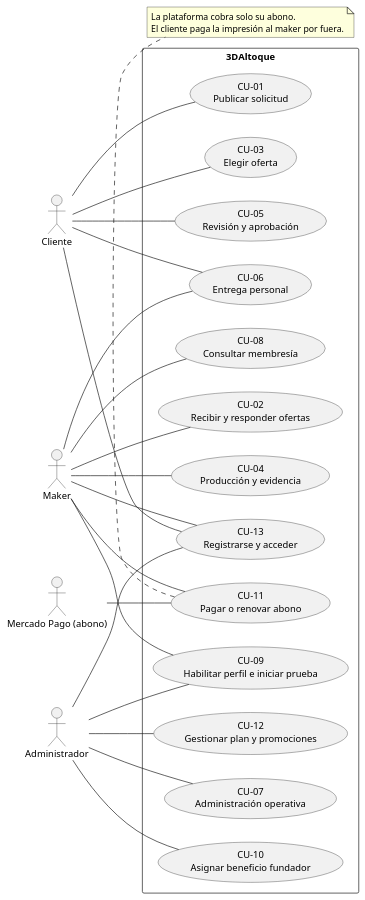
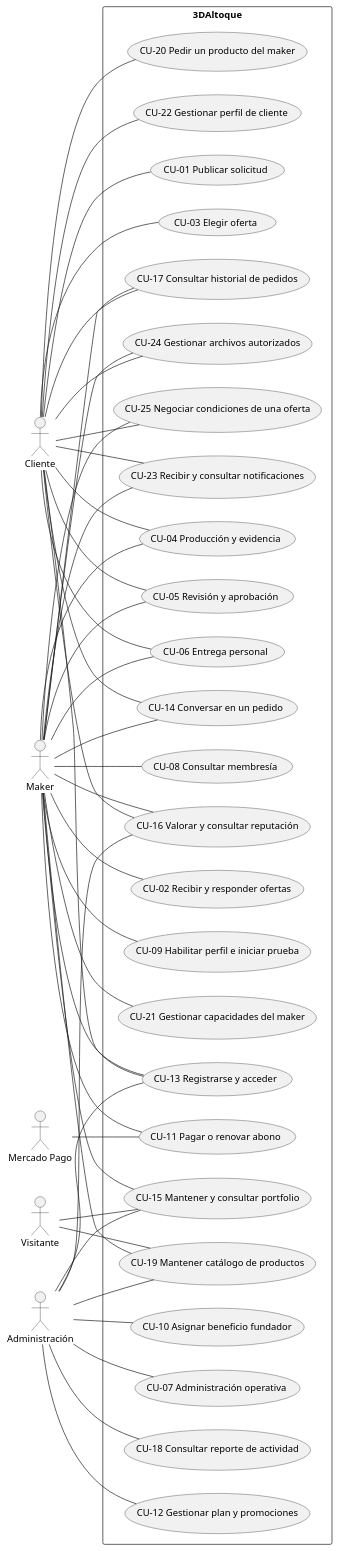
Before and after one commit to chill0101/3daltoque-docs: the first of 4 diagrams in src/content/docs/modelado/diagramas.md, drawn with PlantUML. The commit also changed other lines of this file and 145 other files, not shown here.

````diff
--- a/src/content/docs/modelado/diagramas.md
+++ b/src/content/docs/modelado/diagramas.md
@@ -34,47 +27,79 @@
 ```plantuml
 @startuml
 left to right direction
 actor Cliente
 actor Maker
-actor Administrador
-actor "Mercado Pago (abono)" as MercadoPago
+actor Visitante
+actor Administración as Admin
+actor "Mercado Pago" as MP
 rectangle "3DAltoque" {
-  usecase "CU-01\nPublicar solicitud" as CU01
-  usecase "CU-02\nRecibir y responder ofertas" as CU02
-  usecase "CU-03\nElegir oferta" as CU03
-  usecase "CU-04\nProducción y evidencia" as CU04
-  usecase "CU-05\nRevisión y aprobación" as CU05
-  usecase "CU-06\nEntrega personal" as CU06
-  usecase "CU-07\nAdministración operativa" as CU07
-  usecase "CU-08\nConsultar membresía" as CU08
-  usecase "CU-09\nHabilitar perfil e iniciar prueba" as CU09
-  usecase "CU-10\nAsignar beneficio fundador" as CU10
-  usecase "CU-11\nPagar o renovar abono" as CU11
-  usecase "CU-12\nGestionar plan y promociones" as CU12
-  usecase "CU-13\nRegistrarse y acceder" as CU13
+  usecase "CU-01 Publicar solicitud" as CU01
+  usecase "CU-02 Recibir y responder ofertas" as CU02
+  usecase "CU-03 Elegir oferta" as CU03
+  usecase "CU-04 Producción y evidencia" as CU04
+  usecase "CU-05 Revisión y aprobación" as CU05
+  usecase "CU-06 Entrega personal" as CU06
+  usecase "CU-07 Administración operativa" as CU07
+  usecase "CU-08 Consultar membresía" as CU08
+  usecase "CU-09 Habilitar perfil e iniciar prueba" as CU09
+  usecase "CU-10 Asignar beneficio fundador" as CU10
+  usecase "CU-11 Pagar o renovar abono" as CU11
+  usecase "CU-12 Gestionar plan y promociones" as CU12
+  usecase "CU-13 Registrarse y acceder" as CU13
+  usecase "CU-14 Conversar en un pedido" as CU14
+  usecase "CU-15 Mantener y consultar portfolio" as CU15
+  usecase "CU-16 Valorar y consultar reputación" as CU16
+  usecase "CU-17 Consultar historial de pedidos" as CU17
+  usecase "CU-18 Consultar reporte de actividad" as CU18
+  usecase "CU-19 Mantener catálogo de productos" as CU19
+  usecase "CU-20 Pedir un producto del maker" as CU20
+  usecase "CU-21 Gestionar capacidades del maker" as CU21
+  usecase "CU-22 Gestionar perfil de cliente" as CU22
+  usecase "CU-23 Recibir y consultar notificaciones" as CU23
+  usecase "CU-24 Gestionar archivos autorizados" as CU24
+  usecase "CU-25 Negociar condiciones de una oferta" as CU25
 }
 Cliente -- CU01
 Maker -- CU02
 Cliente -- CU03
 Maker -- CU04
+Cliente -- CU04
 Cliente -- CU05
+Maker -- CU05
 Cliente -- CU06
 Maker -- CU06
-Administrador -- CU07
+Admin -- CU07
 Maker -- CU08
 Maker -- CU09
-Administrador -- CU09
-Administrador -- CU10
+Admin -- CU10
 Maker -- CU11
-MercadoPago -- CU11
-Administrador -- CU12
+MP -- CU11
+Admin -- CU12
 Cliente -- CU13
 Maker -- CU13
-Administrador -- CU13
-note bottom of CU11
-La plataforma cobra solo su abono.
-El cliente paga la impresión al maker por fuera.
-end note
+Admin -- CU13
+Cliente -- CU14
+Maker -- CU14
+Maker -- CU15
+Visitante -- CU15
+Admin -- CU15
+Cliente -- CU16
+Maker -- CU16
+Admin -- CU16
+Cliente -- CU17
+Maker -- CU17
+Admin -- CU18
+Maker -- CU19
+Visitante -- CU19
+Admin -- CU19
+Cliente -- CU20
+Maker -- CU21
+Cliente -- CU22
+Cliente -- CU23
+Maker -- CU23
+Cliente -- CU24
+Maker -- CU24
+Cliente -- CU25
+Maker -- CU25
 @enduml
-
 ```
````
